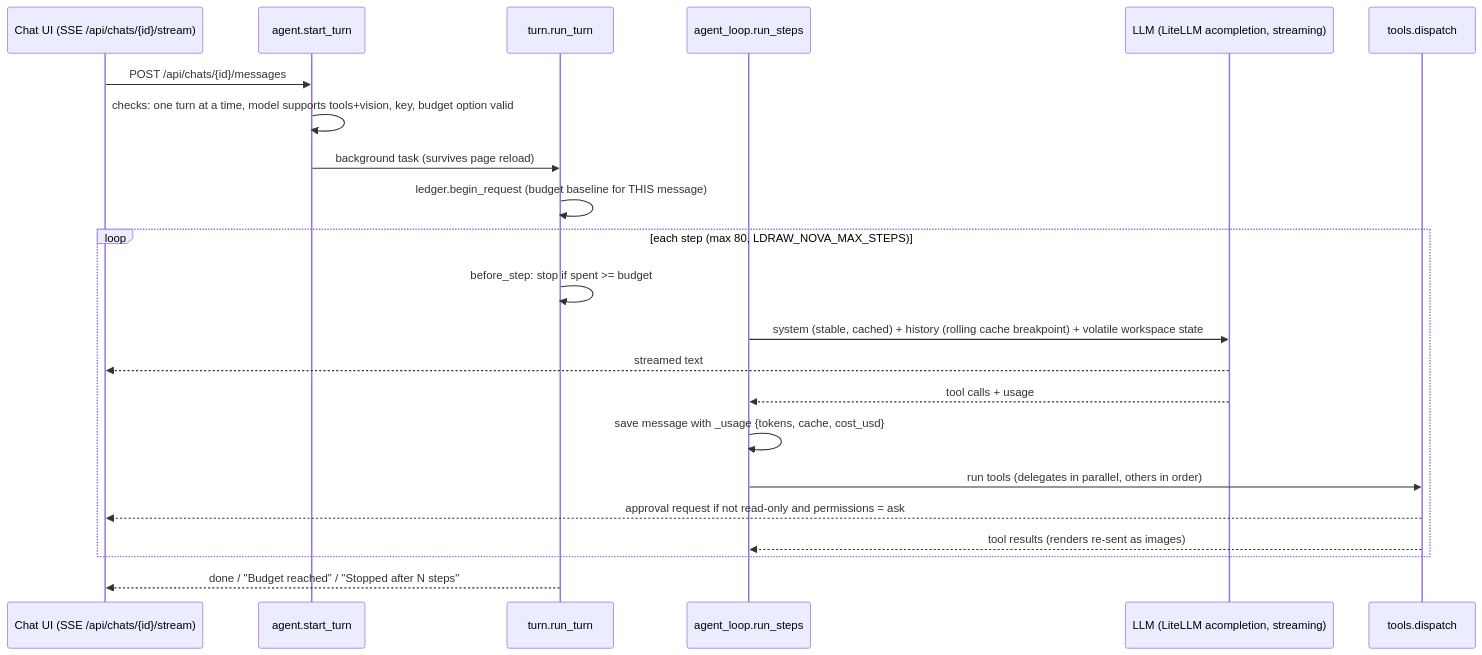
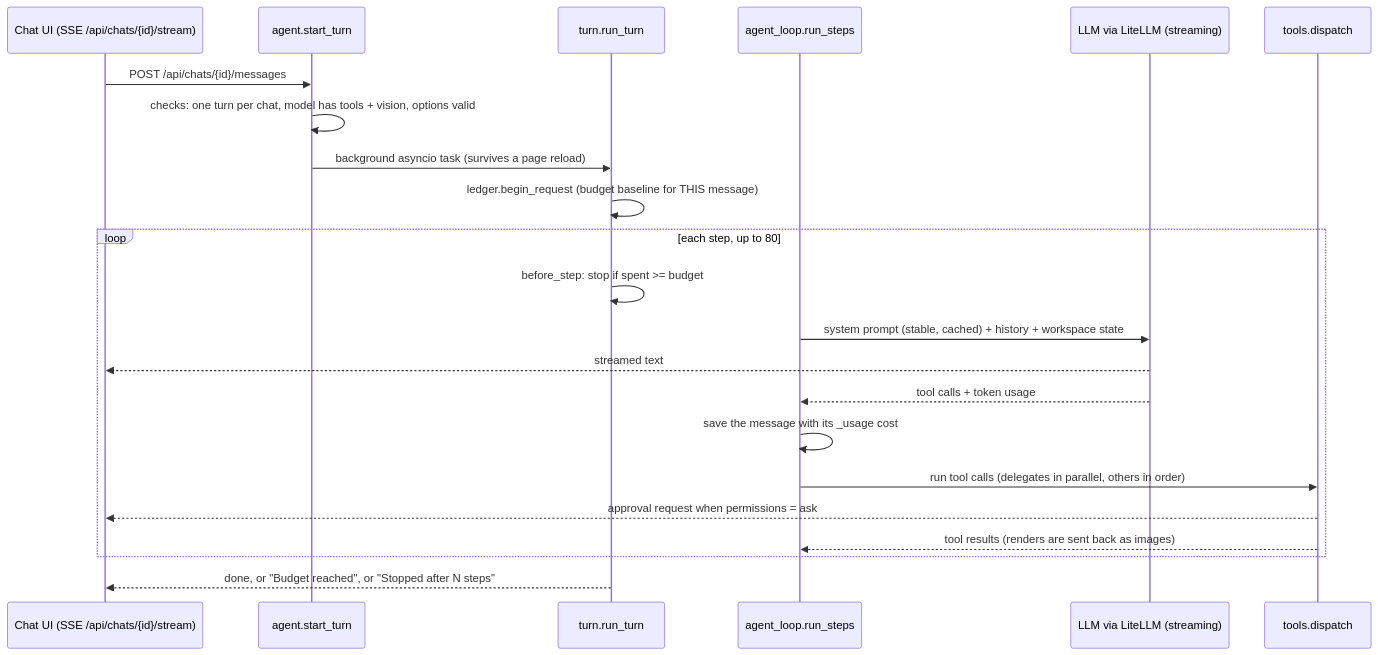
The diagram in docs/system/ai-agent.md (AlessioNar/ldraw-nova), drawn with Mermaid before and after one commit. The commit also changed other lines of this file and 22 other files, not shown here.

````diff
--- a/docs/system/ai-agent.md
+++ b/docs/system/ai-agent.md
@@ -13,25 +29,25 @@
 ```mermaid
 sequenceDiagram
   participant UI as Chat UI (SSE /api/chats/{id}/stream)
   participant A as agent.start_turn
   participant T as turn.run_turn
   participant L as agent_loop.run_steps
-  participant M as LLM (LiteLLM acompletion, streaming)
+  participant M as LLM via LiteLLM (streaming)
   participant X as tools.dispatch
 
   UI->>A: POST /api/chats/{id}/messages
-  A->>A: checks: one turn at a time, model supports tools+vision, key, budget option valid
-  A->>T: background task (survives page reload)
+  A->>A: checks: one turn per chat, model has tools + vision, options valid
+  A->>T: background asyncio task (survives a page reload)
   T->>T: ledger.begin_request (budget baseline for THIS message)
-  loop each step (max 80, LDRAW_NOVA_MAX_STEPS)
+  loop each step, up to 80
     T->>T: before_step: stop if spent >= budget
-    L->>M: system (stable, cached) + history (rolling cache breakpoint) + volatile workspace state
+    L->>M: system prompt (stable, cached) + history + workspace state
     M-->>UI: streamed text
-    M-->>L: tool calls + usage
-    L->>L: save message with _usage {tokens, cache, cost_usd}
-    L->>X: run tools (delegates in parallel, others in order)
-    X-->>UI: approval request if not read-only and permissions = ask
-    X-->>L: tool results (renders re-sent as images)
+    M-->>L: tool calls + token usage
+    L->>L: save the message with its _usage cost
+    L->>X: run tool calls (delegates in parallel, others in order)
+    X-->>UI: approval request when permissions = ask
+    X-->>L: tool results (renders are sent back as images)
   end
-  T-->>UI: done / "Budget reached" / "Stopped after N steps"
+  T-->>UI: done, or "Budget reached", or "Stopped after N steps"
 ```
````
